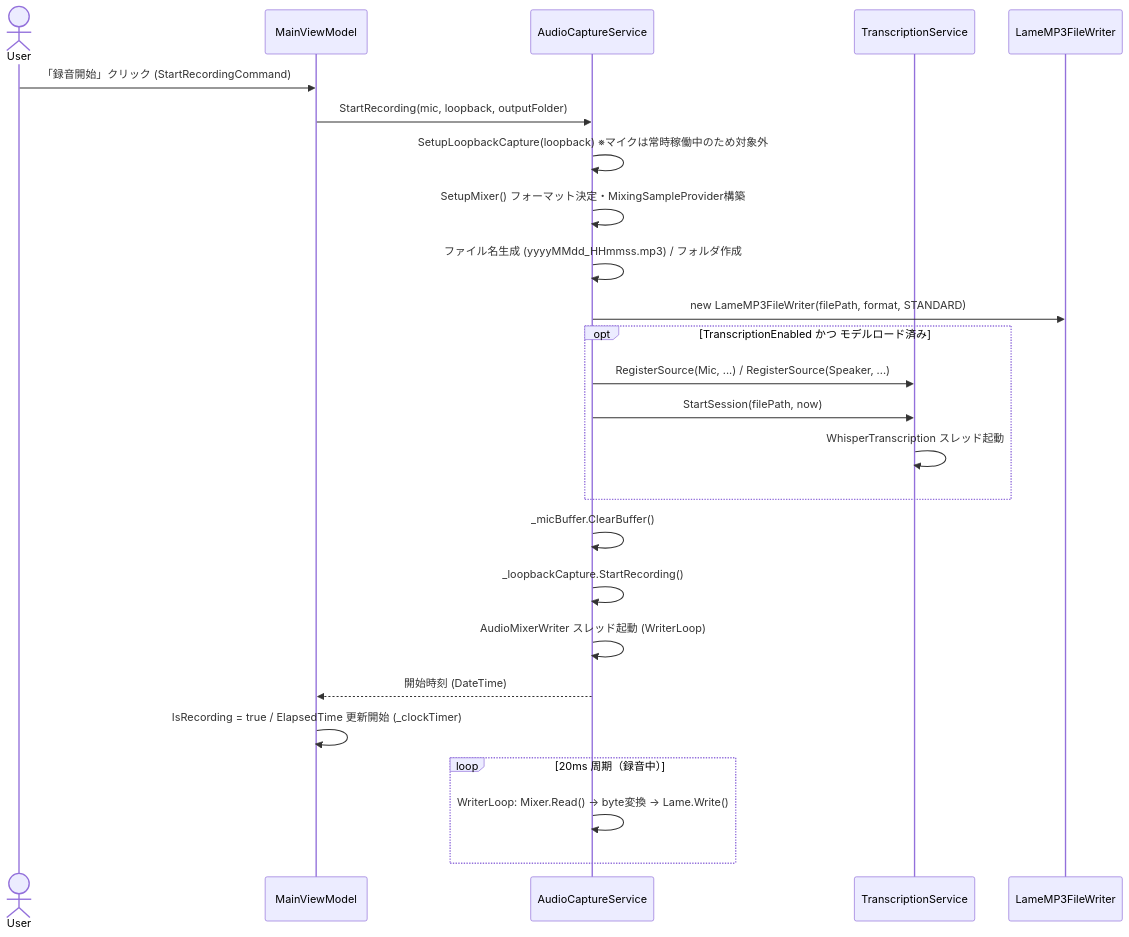
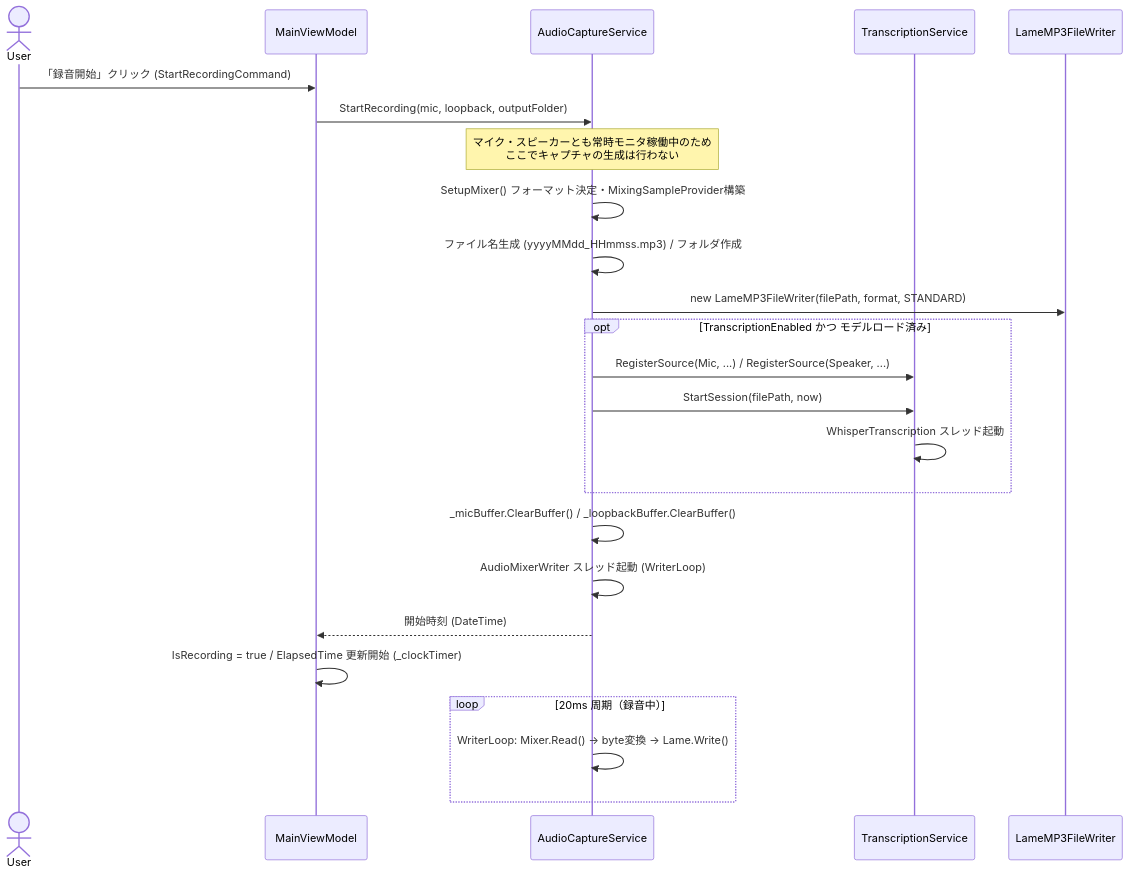
Before and after one commit to otomac/audio-capture-app: the second of 7 diagrams in docs/spec/04_sequence_diagram.md, drawn with Mermaid. The commit also changed other lines of this file and 7 other files, not shown here.

````diff
--- a/docs/spec/04_sequence_diagram.md
+++ b/docs/spec/04_sequence_diagram.md
@@ -40,31 +47,30 @@
 ```mermaid
 sequenceDiagram
     actor User
     participant VM as MainViewModel
     participant ACS as AudioCaptureService
     participant TS as TranscriptionService
     participant Lame as LameMP3FileWriter
 
     User->>VM: 「録音開始」クリック (StartRecordingCommand)
     VM->>ACS: StartRecording(mic, loopback, outputFolder)
-    ACS->>ACS: SetupLoopbackCapture(loopback) ※マイクは常時稼働中のため対象外
+    Note over ACS: マイク・スピーカーとも常時モニタ稼働中のため<br/>ここでキャプチャの生成は行わない
     ACS->>ACS: SetupMixer() フォーマット決定・MixingSampleProvider構築
     ACS->>ACS: ファイル名生成 (yyyyMMdd_HHmmss.mp3) / フォルダ作成
     ACS->>Lame: new LameMP3FileWriter(filePath, format, STANDARD)
 
     opt TranscriptionEnabled かつ モデルロード済み
         ACS->>TS: RegisterSource(Mic, ...) / RegisterSource(Speaker, ...)
         ACS->>TS: StartSession(filePath, now)
         TS->>TS: WhisperTranscription スレッド起動
     end
 
-    ACS->>ACS: _micBuffer.ClearBuffer()
-    ACS->>ACS: _loopbackCapture.StartRecording()
+    ACS->>ACS: _micBuffer.ClearBuffer() / _loopbackBuffer.ClearBuffer()
     ACS->>ACS: AudioMixerWriter スレッド起動 (WriterLoop)
     ACS-->>VM: 開始時刻 (DateTime)
     VM->>VM: IsRecording = true / ElapsedTime 更新開始 (_clockTimer)
 
     loop 20ms 周期（録音中）
         ACS->>ACS: WriterLoop: Mixer.Read() → byte変換 → Lame.Write()
     end
 ```
````
